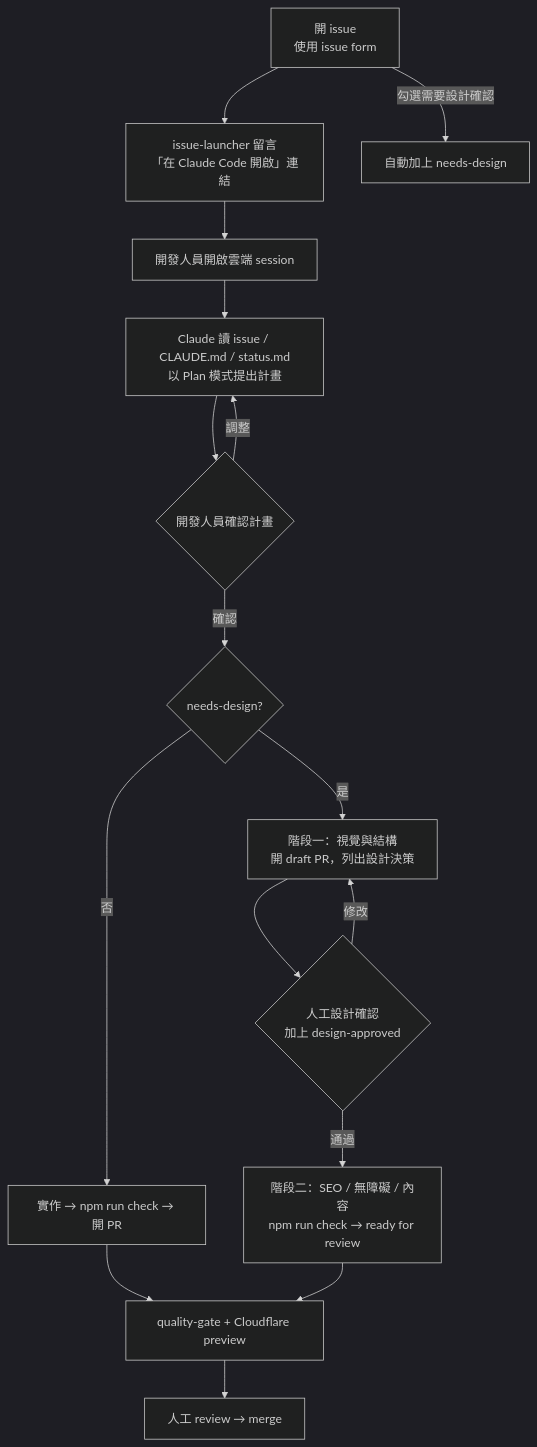
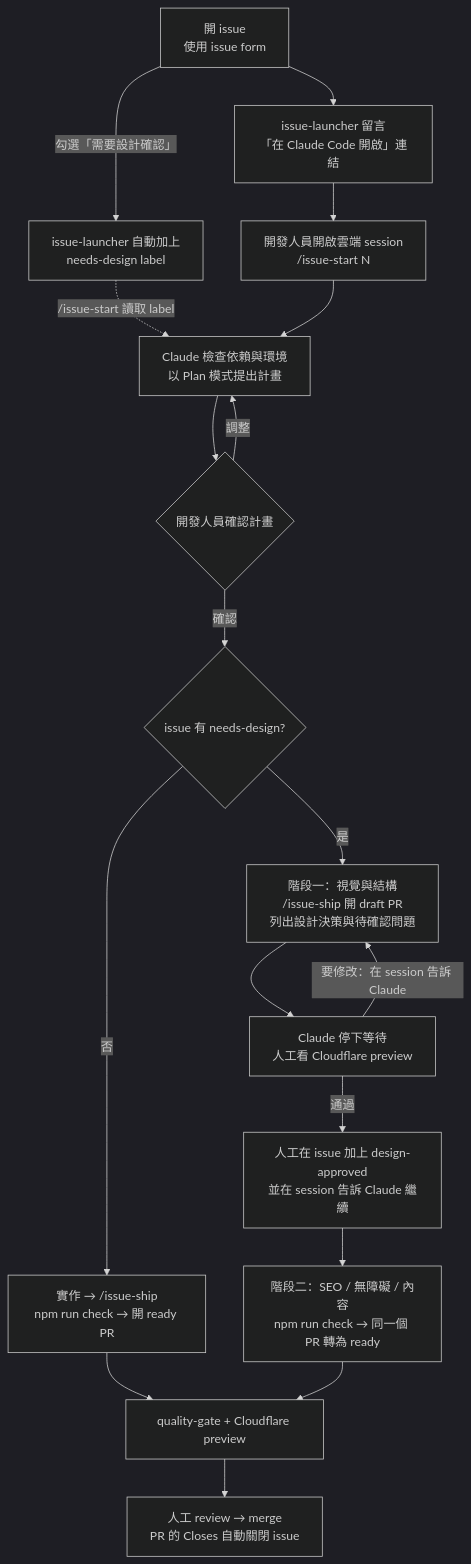
The diagram in README.md (TPI-WenpinLiao/tpi-website-ai-poc), drawn with Mermaid (dark theme) before and after one commit. The commit also changed other lines of this file, not shown here.

Commit message:
docs: README 流程圖補上 needs-design 的確認步驟（#50）
- needs-design label 連到 /issue-start 的判斷
- 階段一 draft PR 後的 preview 確認、修改迴圈與 design-approved
- 註明 session 不監看 issue label，需在 session 告知 Claude
- 連結 docs/workflow.md

Claude-Session: https://claude.ai/code/session_011VDQJSwpdh2LC73FmXo5Aw

````diff
--- a/README.md
+++ b/README.md
@@ -14,18 +14,20 @@
 ```mermaid
 flowchart TD
   A[開 issue<br/>使用 issue form] --> B[issue-launcher 留言<br/>「在 Claude Code 開啟」連結]
-  A -->|勾選需要設計確認| L[自動加上 needs-design]
-  B --> C[開發人員開啟雲端 session]
-  C --> D[Claude 讀 issue / CLAUDE.md / status.md<br/>以 Plan 模式提出計畫]
+  A -->|勾選「需要設計確認」| L[issue-launcher 自動加上<br/>needs-design label]
+  B --> C[開發人員開啟雲端 session<br/>/issue-start N]
+  L -.->|/issue-start 讀取 label| D
+  C --> D[Claude 檢查依賴與環境<br/>以 Plan 模式提出計畫]
   D --> E{開發人員確認計畫}
   E -->|調整| D
-  E -->|確認| F{needs-design?}
-  F -->|否| G[實作 → npm run check → 開 PR]
-  F -->|是| H[階段一：視覺與結構<br/>開 draft PR，列出設計決策]
-  H --> I{人工設計確認<br/>加上 design-approved}
-  I -->|修改| H
-  I -->|通過| J[階段二：SEO / 無障礙 / 內容<br/>npm run check → ready for review]
+  E -->|確認| F{issue 有 needs-design?}
+  F -->|否| G[實作 → /issue-ship<br/>npm run check → 開 ready PR]
+  F -->|是| H[階段一：視覺與結構<br/>/issue-ship 開 draft PR<br/>列出設計決策與待確認問題]
+  H --> P[Claude 停下等待<br/>人工看 Cloudflare preview]
+  P -->|要修改：在 session 告訴 Claude| H
+  P -->|通過| Q[人工在 issue 加上 design-approved<br/>並在 session 告訴 Claude 繼續]
+  Q --> J[階段二：SEO / 無障礙 / 內容<br/>npm run check → 同一個 PR 轉為 ready]
   G --> K[quality-gate + Cloudflare preview]
   J --> K
-  K --> M[人工 review → merge]
+  K --> M[人工 review → merge<br/>PR 的 Closes 自動關閉 issue]
 ```
````
